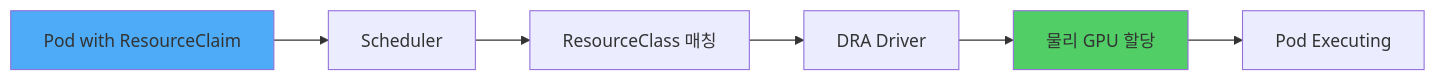
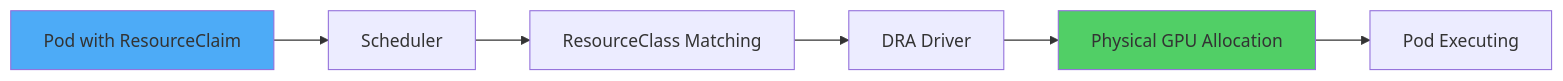
One commit to devfloor9/engineering-playbook changed diagram 13 of 16 in i18n/en/docusaurus-plugin-content-docs/current/eks-best-practices/resource-cost/eks-resource-optimization.md. Above: the diagram before and after it, drawn with Mermaid. The commit also changed other lines of this file, not shown here.

Commit message:
docs(i18n/en): complete eks-resource-optimization.md translation (1356 Korean lines)

````diff
--- a/i18n/en/docusaurus-plugin-content-docs/current/eks-best-practices/resource-cost/eks-resource-optimization.md
+++ b/i18n/en/docusaurus-plugin-content-docs/current/eks-best-practices/resource-cost/eks-resource-optimization.md
@@ -4128,11 +4128,11 @@
 ```mermaid
 graph LR
     A[Pod with ResourceClaim] --> B[Scheduler]
-    B --> C[ResourceClass 매칭]
+    B --> C[ResourceClass Matching]
     C --> D[DRA Driver]
-    D --> E[물리 GPU 할당]
+    D --> E[Physical GPU Allocation]
     E --> F[Pod Executing]
 
     style A fill:#4dabf7
     style E fill:#51cf66
 ```
````
